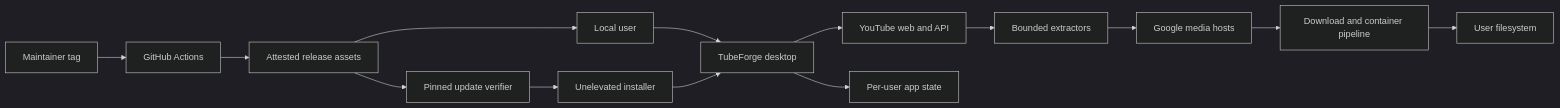
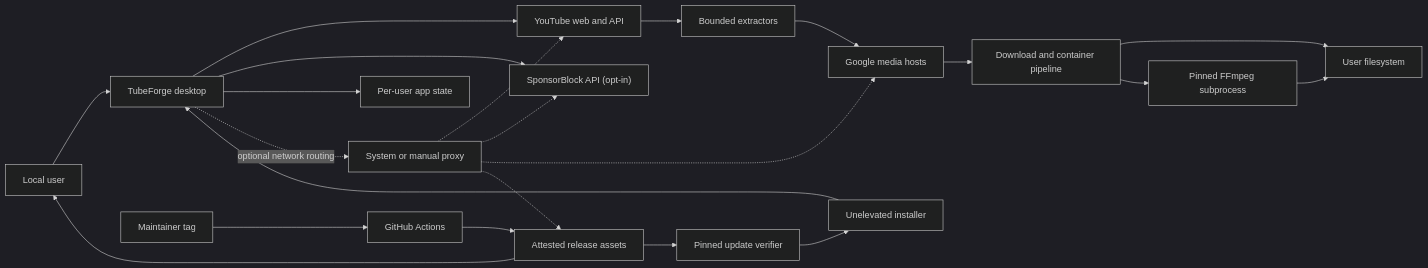
One commit to 0langa/TubeForge changed the diagram in TUBEFORGE_THREAT_MODEL.md. Above: the diagram before and after it, drawn with Mermaid (dark theme). The commit also changed other lines of this file and 20 other files, not shown here.

````diff
--- a/TUBEFORGE_THREAT_MODEL.md
+++ b/TUBEFORGE_THREAT_MODEL.md
@@ -43,16 +45,24 @@
 ```mermaid
 flowchart LR
   U["Local user"] --> A["TubeForge desktop"]
   A --> Y["YouTube web and API"]
+  A --> B["SponsorBlock API (opt-in)"]
   Y --> E["Bounded extractors"]
   E --> G["Google media hosts"]
   G --> D["Download and container pipeline"]
   D --> F["User filesystem"]
+  D --> X["Pinned FFmpeg subprocess"]
+  X --> F
   A --> S["Per-user app state"]
+  A -. "optional network routing" .-> P["System or manual proxy"]
+  P -.-> Y
+  P -.-> B
+  P -.-> G
+  P -.-> R
   R --> V["Pinned update verifier"]
   V --> I["Unelevated installer"]
   I --> A
   M["Maintainer tag"] --> C["GitHub Actions"]
   C --> R["Attested release assets"]
   R --> U
 ```
````
